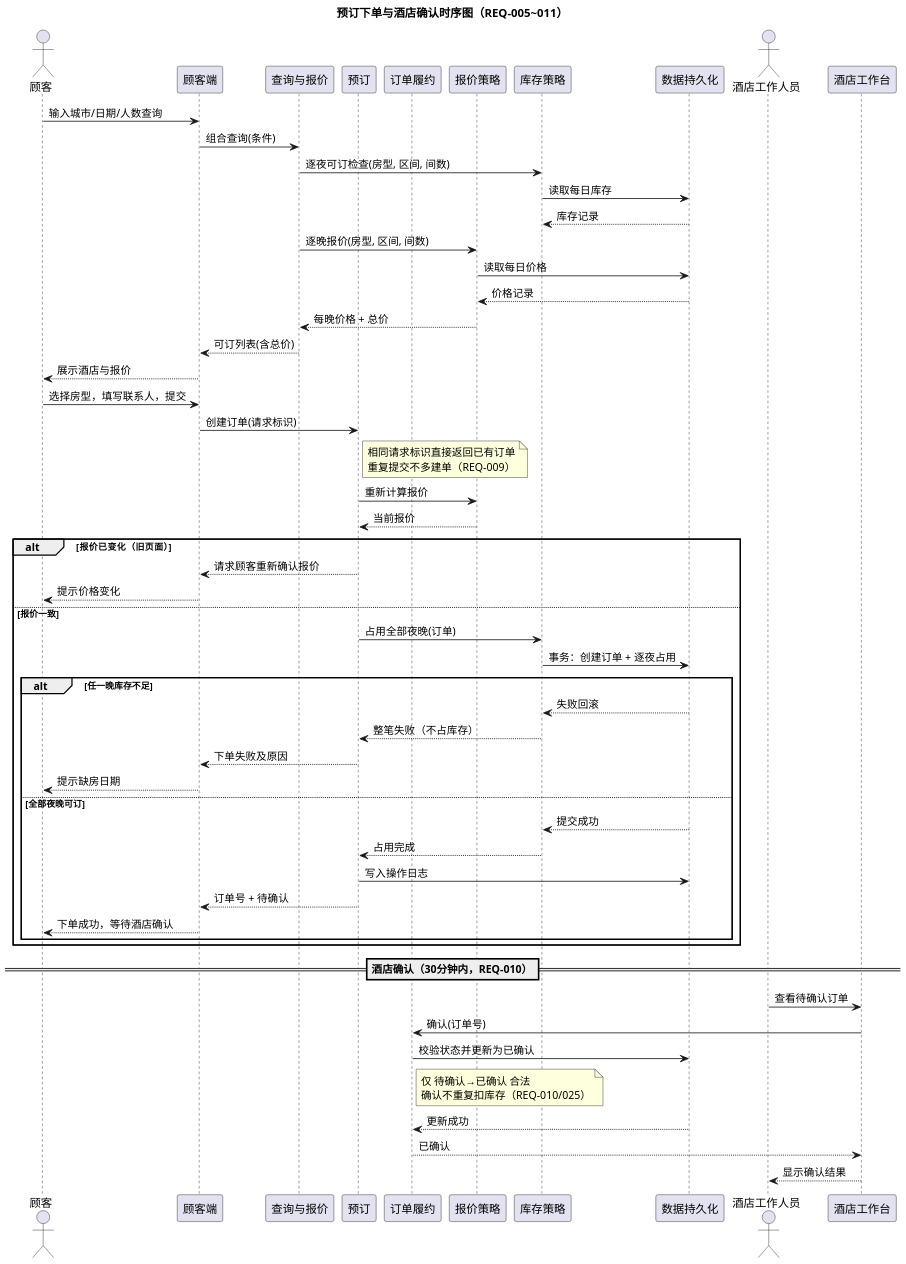
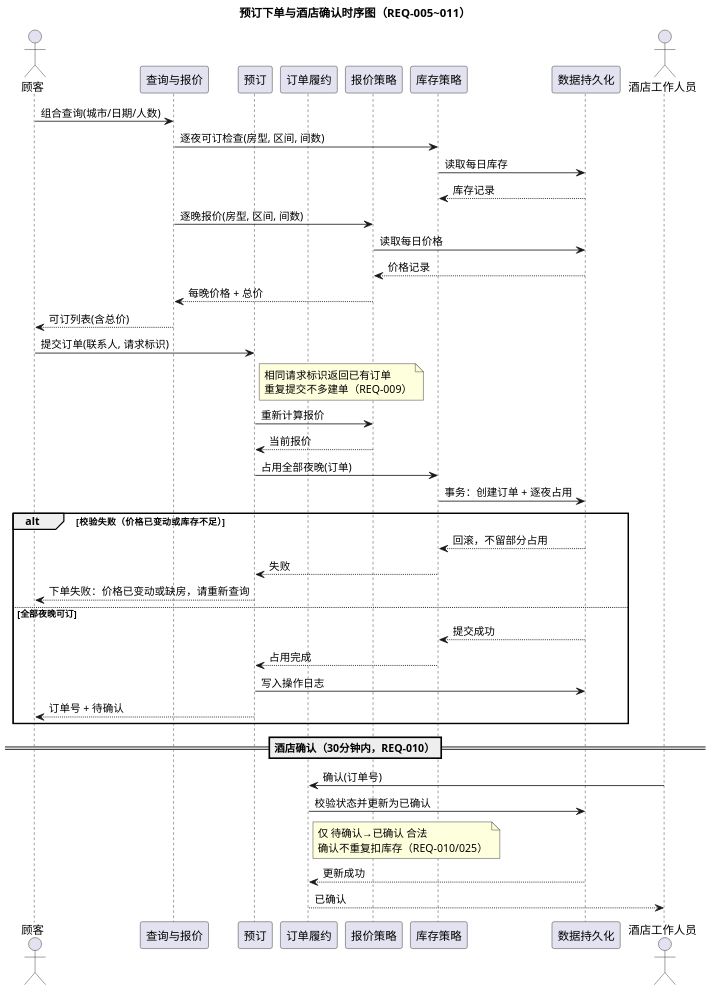
Before and after one commit to yangjinlingzhuo/se-lab1-hotel-booking: the diagram in lab2/实验2_231220170_央金灵卓/UML/UML时序图.puml, drawn with PlantUML. The commit also changed 2 other files, not shown here.

Commit message:
人工反馈+AI修改(lab2): 时序图简化——去表现层参与者、价格变动直接失败

```diff
--- a/lab2/实验2_231220170_央金灵卓/UML/UML时序图.puml
+++ b/lab2/实验2_231220170_央金灵卓/UML/UML时序图.puml
@@ -1,67 +1,52 @@
 @startuml UML时序图
 title 预订下单与酒店确认时序图（REQ-005~011）
 
 skinparam dpi 150
 skinparam defaultFontName "PingFang SC"
 
 actor 顾客
-participant "顾客端" as UI
 participant "查询与报价" as Search
 participant "预订" as Booking
 participant "订单履约" as Fulfill
 participant "报价策略" as Pricing
 participant "库存策略" as Inventory
 participant "数据持久化" as DB
 actor "酒店工作人员" as Staff
-participant "酒店工作台" as StaffUI
 
-顾客 -> UI : 输入城市/日期/人数查询
-UI -> Search : 组合查询(条件)
+顾客 -> Search : 组合查询(城市/日期/人数)
 Search -> Inventory : 逐夜可订检查(房型, 区间, 间数)
 Inventory -> DB : 读取每日库存
 DB --> Inventory : 库存记录
 Search -> Pricing : 逐晚报价(房型, 区间, 间数)
 Pricing -> DB : 读取每日价格
 DB --> Pricing : 价格记录
 Pricing --> Search : 每晚价格 + 总价
-Search --> UI : 可订列表(含总价)
-UI --> 顾客 : 展示酒店与报价
+Search --> 顾客 : 可订列表(含总价)
 
-顾客 -> UI : 选择房型，填写联系人，提交
-UI -> Booking : 创建订单(请求标识)
-note right of Booking : 相同请求标识直接返回已有订单\n重复提交不多建单（REQ-009）
-
+顾客 -> Booking : 提交订单(联系人, 请求标识)
+note right of Booking : 相同请求标识返回已有订单\n重复提交不多建单（REQ-009）
 Booking -> Pricing : 重新计算报价
 Pricing --> Booking : 当前报价
+Booking -> Inventory : 占用全部夜晚(订单)
+Inventory -> DB : 事务：创建订单 + 逐夜占用
 
-alt 报价已变化（旧页面）
-  Booking --> UI : 请求顾客重新确认报价
-  UI --> 顾客 : 提示价格变化
-else 报价一致
-  Booking -> Inventory : 占用全部夜晚(订单)
-  Inventory -> DB : 事务：创建订单 + 逐夜占用
-  alt 任一晚库存不足
-    DB --> Inventory : 失败回滚
-    Inventory --> Booking : 整笔失败（不占库存）
-    Booking --> UI : 下单失败及原因
-    UI --> 顾客 : 提示缺房日期
-  else 全部夜晚可订
-    DB --> Inventory : 提交成功
-    Inventory --> Booking : 占用完成
-    Booking -> DB : 写入操作日志
-    Booking --> UI : 订单号 + 待确认
-    UI --> 顾客 : 下单成功，等待酒店确认
-  end
+alt 校验失败（价格已变动或库存不足）
+  DB --> Inventory : 回滚，不留部分占用
+  Inventory --> Booking : 失败
+  Booking --> 顾客 : 下单失败：价格已变动或缺房，请重新查询
+else 全部夜晚可订
+  DB --> Inventory : 提交成功
+  Inventory --> Booking : 占用完成
+  Booking -> DB : 写入操作日志
+  Booking --> 顾客 : 订单号 + 待确认
 end
 
 == 酒店确认（30分钟内，REQ-010）==
 
-Staff -> StaffUI : 查看待确认订单
-StaffUI -> Fulfill : 确认(订单号)
+Staff -> Fulfill : 确认(订单号)
 Fulfill -> DB : 校验状态并更新为已确认
 note right of Fulfill : 仅 待确认→已确认 合法\n确认不重复扣库存（REQ-010/025）
 DB --> Fulfill : 更新成功
-Fulfill --> StaffUI : 已确认
-StaffUI --> Staff : 显示确认结果
+Fulfill --> Staff : 已确认
 
 @enduml
```
